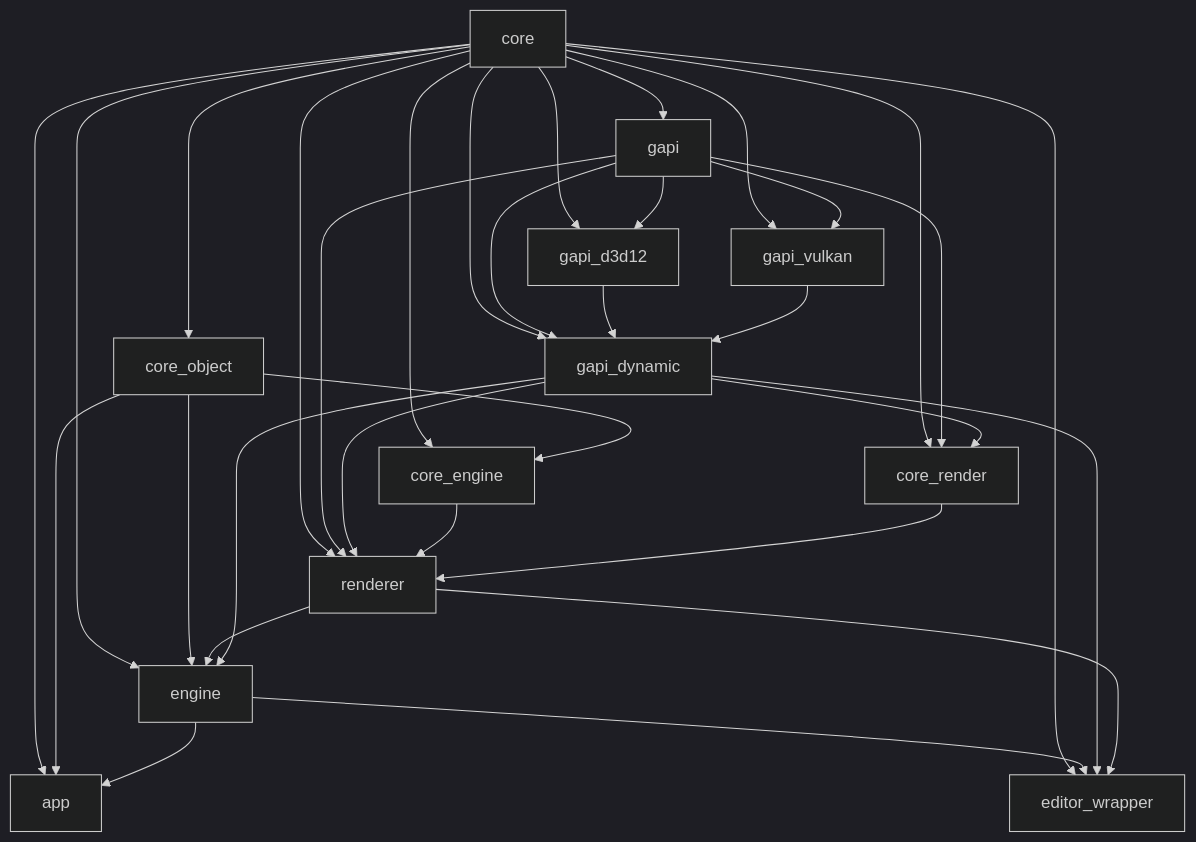
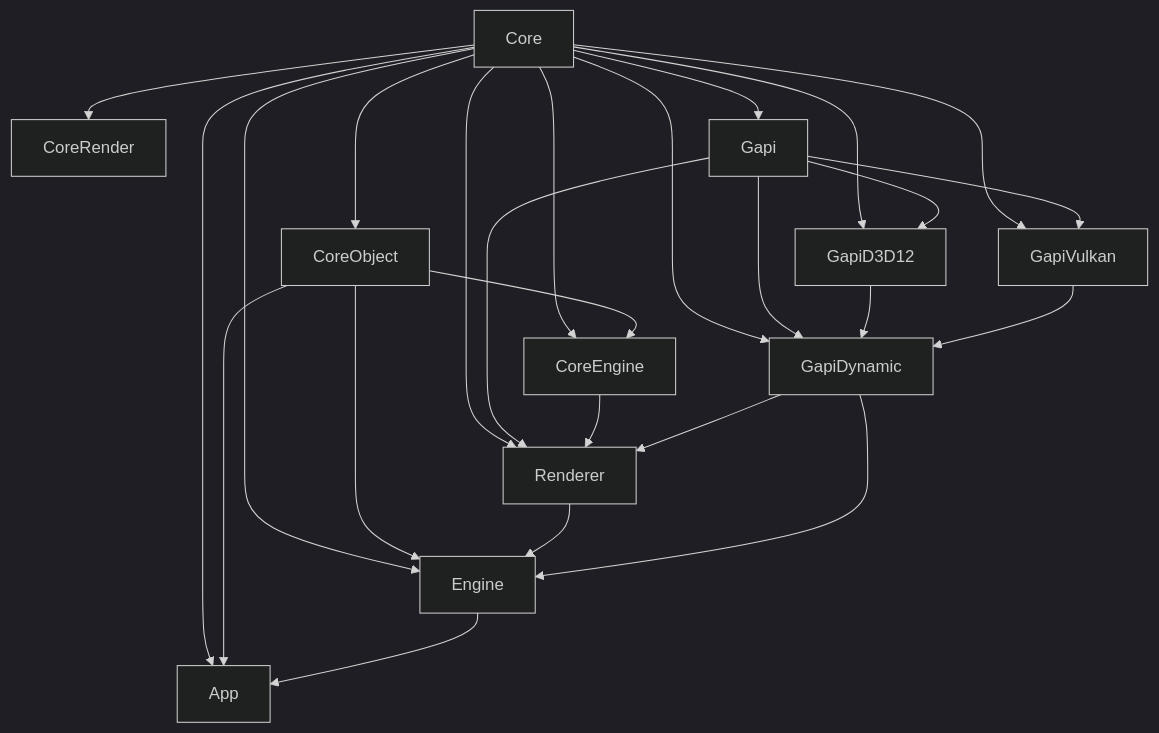
The diagram in README.md (hellokenlee/NeneEngine2), drawn with Mermaid (dark theme) before and after one commit. The commit also changed other lines of this file and 7723 other files, not shown here.

````diff
--- a/README.md
+++ b/README.md
@@ -92,34 +92,27 @@
 ```mermaid
 graph TD
-  core --> app
-  core_object --> app
-  engine --> app
-  core --> core_engine
-  core_object --> core_engine
-  core --> core_object
-  core --> core_render
-  gapi --> core_render
-  gapi_dynamic --> core_render
-  core --> editor_wrapper
-  engine --> editor_wrapper
-  gapi_dynamic --> editor_wrapper
-  renderer --> editor_wrapper
-  core --> engine
-  core_object --> engine
-  renderer --> engine
-  gapi_dynamic --> engine
-  core --> gapi
-  core --> gapi_d3d12
-  gapi --> gapi_d3d12
-  core --> gapi_dynamic
-  gapi --> gapi_dynamic
-  gapi_d3d12 --> gapi_dynamic
-  gapi_vulkan --> gapi_dynamic
-  core --> gapi_vulkan
-  gapi --> gapi_vulkan
-  core --> renderer
-  gapi --> renderer
-  gapi_dynamic --> renderer
-  core_engine --> renderer
-  core_render --> renderer
+  Core --> App
+  CoreObject --> App
+  Engine --> App
+  Core --> CoreEngine
+  CoreObject --> CoreEngine
+  Core --> CoreObject
+  Core --> CoreRender
+  Core --> Engine
+  CoreObject --> Engine
+  Renderer --> Engine
+  GapiDynamic --> Engine
+  Core --> Gapi
+  Core --> GapiD3D12
+  Gapi --> GapiD3D12
+  Core --> GapiDynamic
+  Gapi --> GapiDynamic
+  GapiD3D12 --> GapiDynamic
+  GapiVulkan --> GapiDynamic
+  Core --> GapiVulkan
+  Gapi --> GapiVulkan
+  Core --> Renderer
+  Gapi --> Renderer
+  CoreEngine --> Renderer
+  GapiDynamic --> Renderer
 ```
````
